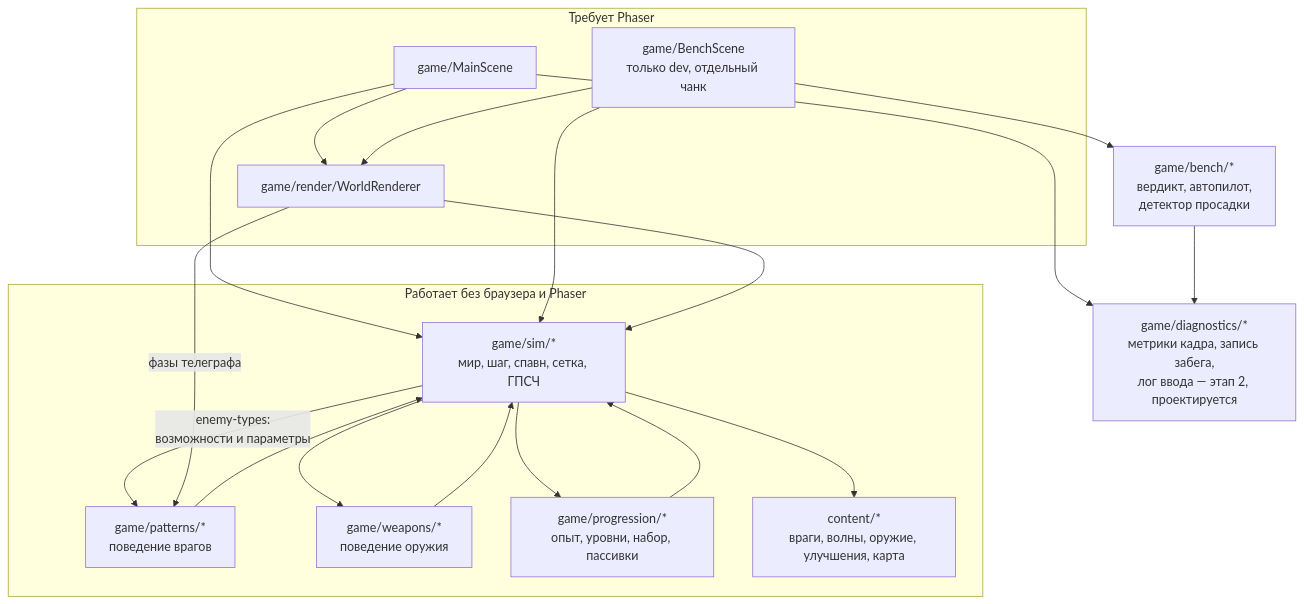
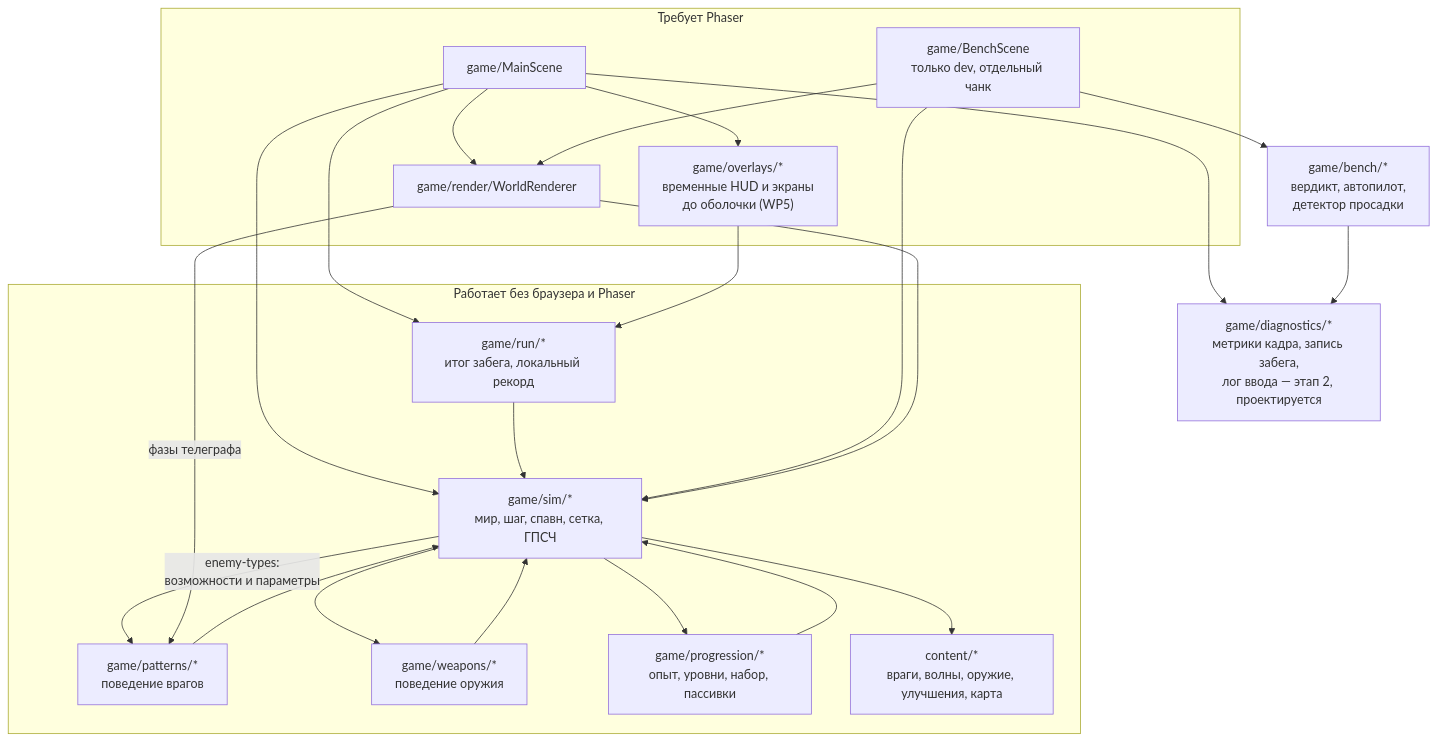
The sixth of 17 diagrams in docs/21-diagrams.md (JJSGxKD/rubezh), drawn with Mermaid before and after one commit. The commit also changed other lines of this file and 24 other files, not shown here.

First line of the commit message:
feat(core-game): Добавь итог забега и экран смерти (#7)

````diff
--- a/docs/21-diagrams.md
+++ b/docs/21-diagrams.md
@@ -407,36 +407,42 @@
 ```mermaid
 flowchart TD
     subgraph headless["Работает без браузера и Phaser"]
         SIM["game/sim/*<br/>мир, шаг, спавн, сетка, ГПСЧ"]
         PAT["game/patterns/*<br/>поведение врагов"]
         WPN["game/weapons/*<br/>поведение оружия"]
         PRG["game/progression/*<br/>опыт, уровни, набор, пассивки"]
+        RUN["game/run/*<br/>итог забега, локальный рекорд"]
         CNT["content/*<br/>враги, волны, оружие, улучшения, карта"]
     end
 
     subgraph rendered["Требует Phaser"]
         MS["game/MainScene"]
+        OVL["game/overlays/*<br/>временные HUD и экраны<br/>до оболочки (WP5)"]
         BS["game/BenchScene<br/>только dev, отдельный чанк"]
         WR["game/render/WorldRenderer"]
     end
 
     BM["game/bench/*<br/>вердикт, автопилот,<br/>детектор просадки"]
     DG["game/diagnostics/*<br/>метрики кадра, запись забега,<br/>лог ввода — этап 2, проектируется"]
 
     PAT --> SIM
     SIM -- "enemy-types:<br/>возможности и параметры" --> PAT
     WPN --> SIM
     PRG --> SIM
     SIM --> WPN
     SIM --> PRG
     SIM --> CNT
     WR -- "фазы телеграфа" --> PAT
     MS --> SIM
     MS --> WR
     MS --> DG
+    MS --> RUN
+    MS --> OVL
+    RUN --> SIM
+    OVL --> RUN
     BS --> SIM
     BS --> WR
     BS --> BM
     BM --> DG
     WR --> SIM
 ```
````
